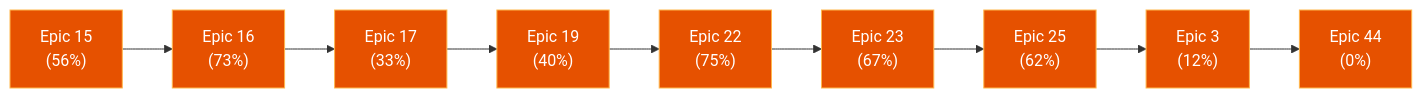
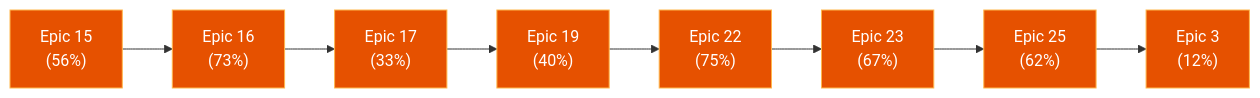
One commit to martinfou/trading-bridge changed the diagram in _bmad-output/sprint-status-dashboard.md. Above: the diagram before and after it, drawn with Mermaid. The commit also changed other lines of this file and 36 other files, not shown here.

````diff
--- a/_bmad-output/sprint-status-dashboard.md
+++ b/_bmad-output/sprint-status-dashboard.md
@@ -13,22 +13,20 @@
 ```mermaid
 flowchart LR
   classDef done fill:#1b5e20,stroke:#81c784,color:#fff
   classDef ip fill:#e65100,stroke:#ffb74d,color:#fff
   epic15["Epic 15<br/>(56%)"]:::ip
   epic16["Epic 16<br/>(73%)"]:::ip
   epic17["Epic 17<br/>(33%)"]:::ip
   epic19["Epic 19<br/>(40%)"]:::ip
   epic22["Epic 22<br/>(75%)"]:::ip
   epic23["Epic 23<br/>(67%)"]:::ip
   epic25["Epic 25<br/>(62%)"]:::ip
   epic3["Epic 3<br/>(12%)"]:::ip
-  epic44["Epic 44<br/>(0%)"]:::ip
   epic15 --> epic16
   epic16 --> epic17
   epic17 --> epic19
   epic19 --> epic22
   epic22 --> epic23
   epic23 --> epic25
   epic25 --> epic3
-  epic3 --> epic44
 ```
````
